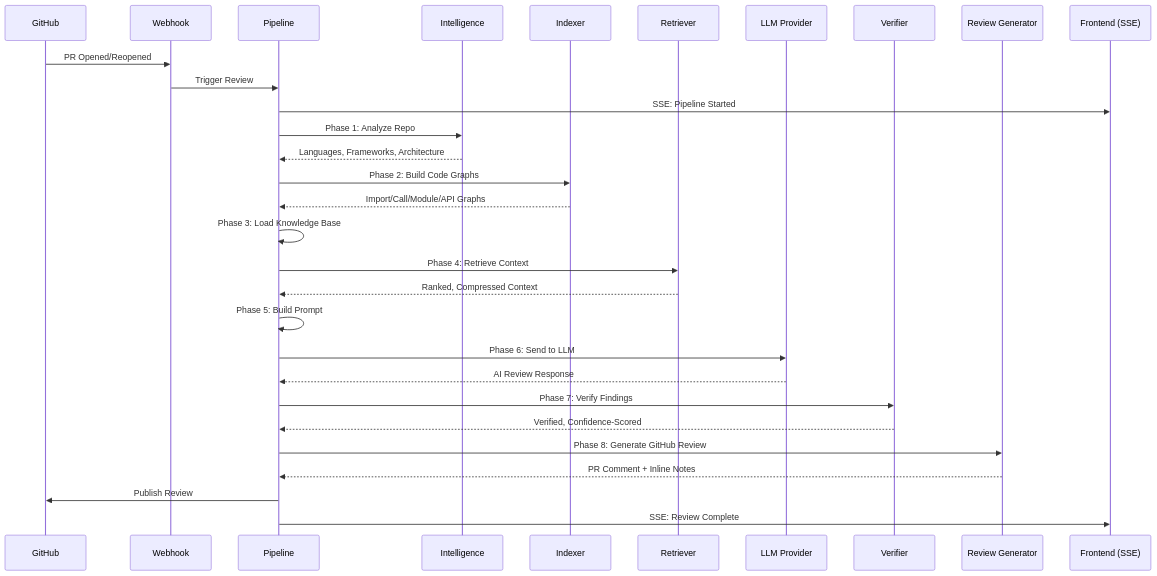
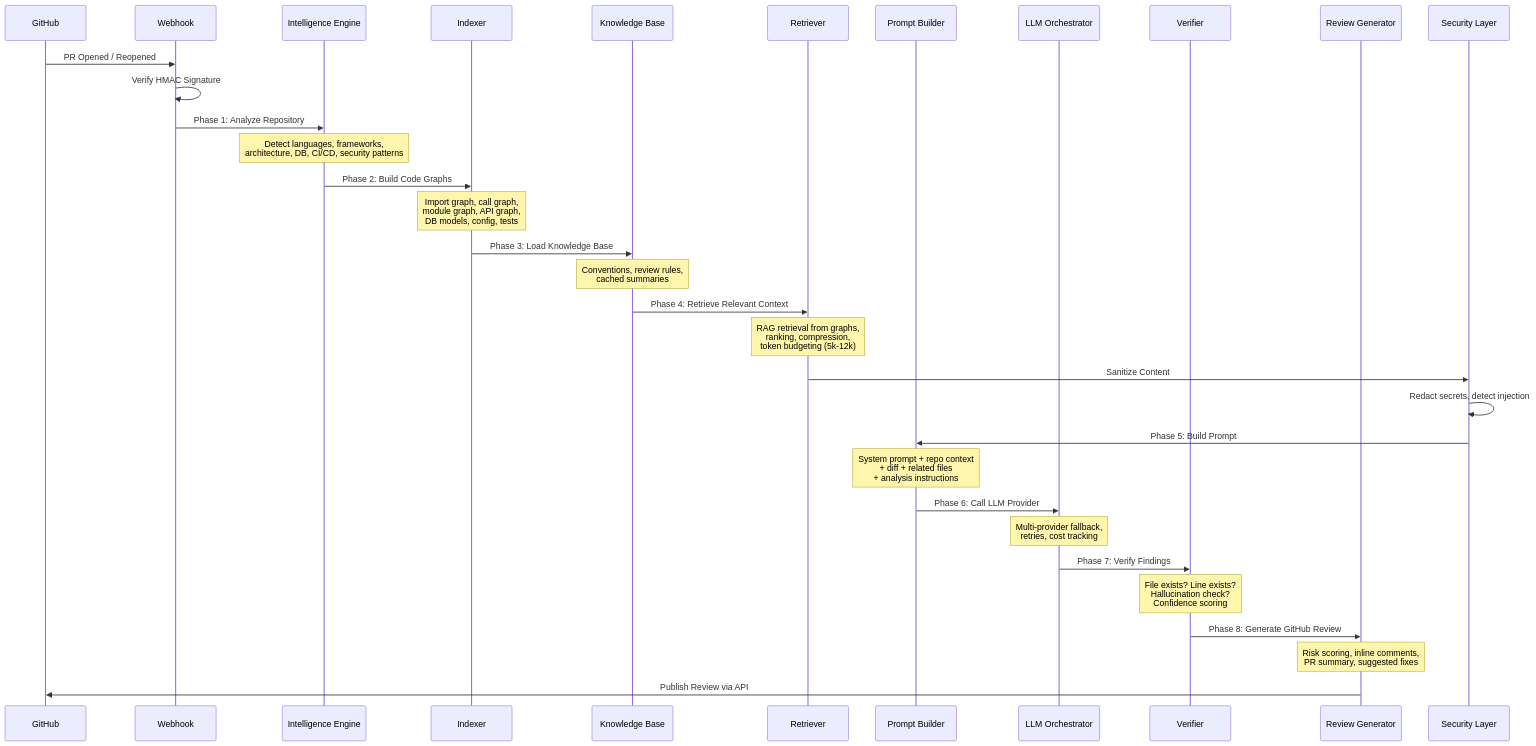
The second of 2 diagrams in README.md (d-kavinraja/revora), drawn with Mermaid before and after one commit. The commit also changed other lines of this file, not shown here.

Commit message:
docs: rewrite README with accurate feature status, architecture diagrams, and module inventory

````diff
--- a/README.md
+++ b/README.md
@@ -115,40 +116,52 @@
 ```mermaid
 sequenceDiagram
     participant GH as GitHub
     participant WH as Webhook
-    participant PIPE as Pipeline
-    participant INT as Intelligence
+    participant INT as Intelligence Engine
     participant IDX as Indexer
+    participant KB as Knowledge Base
     participant RET as Retriever
-    participant LLM as LLM Provider
+    participant PROM as Prompt Builder
+    participant ORCH as LLM Orchestrator
     participant VER as Verifier
     participant GEN as Review Generator
-    participant UI as Frontend (SSE)
+    participant SEC as Security Layer
 
-    GH->>WH: PR Opened/Reopened
-    WH->>PIPE: Trigger Review
-    PIPE->>UI: SSE: Pipeline Started
+    GH->>WH: PR Opened / Reopened
+    WH->>WH: Verify HMAC Signature
+    WH->>INT: Phase 1: Analyze Repository
 
-    PIPE->>INT: Phase 1: Analyze Repo
-    INT-->>PIPE: Languages, Frameworks, Architecture
+    Note over INT: Detect languages, frameworks,<br/>architecture, DB, CI/CD, security patterns
 
-    PIPE->>IDX: Phase 2: Build Code Graphs
-    IDX-->>PIPE: Import/Call/Module/API Graphs
+    INT->>IDX: Phase 2: Build Code Graphs
 
-    PIPE->>PIPE: Phase 3: Load Knowledge Base
-    PIPE->>RET: Phase 4: Retrieve Context
-    RET-->>PIPE: Ranked, Compressed Context
+    Note over IDX: Import graph, call graph,<br/>module graph, API graph,<br/>DB models, config, tests
 
-    PIPE->>PIPE: Phase 5: Build Prompt
-    PIPE->>LLM: Phase 6: Send to LLM
-    LLM-->>PIPE: AI Review Response
+    IDX->>KB: Phase 3: Load Knowledge Base
 
-    PIPE->>VER: Phase 7: Verify Findings
-    VER-->>PIPE: Verified, Confidence-Scored
+    Note over KB: Conventions, review rules,<br/>cached summaries
 
-    PIPE->>GEN: Phase 8: Generate GitHub Review
-    GEN-->>PIPE: PR Comment + Inline Notes
+    KB->>RET: Phase 4: Retrieve Relevant Context
 
-    PIPE->>GH: Publish Review
-    PIPE->>UI: SSE: Review Complete
+    Note over RET: RAG retrieval from graphs,<br/>ranking, compression,<br/>token budgeting (5k-12k)
+
+    RET->>SEC: Sanitize Content
+    SEC->>SEC: Redact secrets, detect injection
+    SEC->>PROM: Phase 5: Build Prompt
+
+    Note over PROM: System prompt + repo context<br/>+ diff + related files<br/>+ analysis instructions
+
+    PROM->>ORCH: Phase 6: Call LLM Provider
+
+    Note over ORCH: Multi-provider fallback,<br/>retries, cost tracking
+
+    ORCH->>VER: Phase 7: Verify Findings
+
+    Note over VER: File exists? Line exists?<br/>Hallucination check?<br/>Confidence scoring
+
+    VER->>GEN: Phase 8: Generate GitHub Review
+
+    Note over GEN: Risk scoring, inline comments,<br/>PR summary, suggested fixes
+
+    GEN->>GH: Publish Review via API
 ```
````
